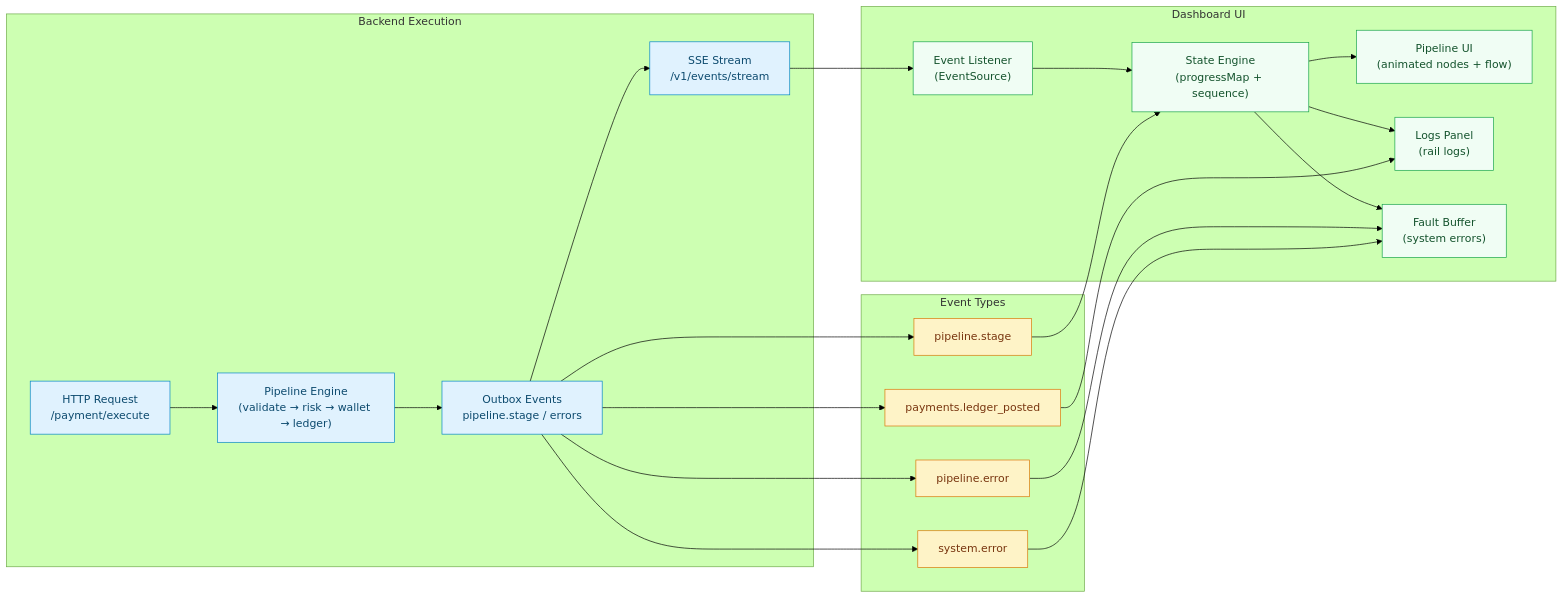
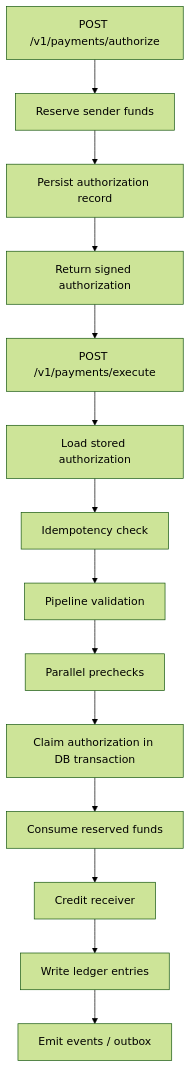
One commit to InsaneCoder789/Rail changed the second of 2 diagrams in README.md. Above: the diagram before and after it, drawn with Mermaid (forest theme). The commit also changed other lines of this file and 1 other file, not shown here.

````diff
--- a/README.md
+++ b/README.md
@@ -111,54 +150,17 @@
 ```mermaid
-%%{init: {"flowchart": {"nodeSpacing": 50, "rankSpacing": 70}} }%%
-flowchart LR
+flowchart TD
+  A["POST /v1/payments/authorize"] --> B["Reserve sender funds"]
+  B --> C["Persist authorization record"]
+  C --> D["Return signed authorization"]
 
-subgraph backend["Backend Execution"]
-  A["HTTP Request\n/payment/execute"]
-  B["Pipeline Engine\n(validate → risk → wallet → ledger)"]
-  C["Outbox Events\npipeline.stage / errors"]
-  D["SSE Stream\n/v1/events/stream"]
-end
-
-subgraph frontend["Dashboard UI"]
-  E["Event Listener\n(EventSource)"]
-  F["State Engine\n(progressMap + sequence)"]
-  G["Pipeline UI\n(animated nodes + flow)"]
-  H["Logs Panel\n(rail logs)"]
-  I["Fault Buffer\n(system errors)"]
-end
-
-subgraph dataflow["Event Types"]
-  T1["pipeline.stage"]
-  T2["pipeline.error"]
-  T3["system.error"]
-  T4["payments.ledger_posted"]
-end
-
-A --> B
-B --> C
-C --> D
-D --> E
-
-E --> F
-F --> G
-F --> H
-F --> I
-
-C --> T1
-C --> T2
-C --> T3
-C --> T4
-
-T1 --> F
-T2 --> I
-T3 --> I
-T4 --> H
-
-classDef backend fill:#e0f2fe,stroke:#0284c7,color:#0c4a6e
-classDef frontend fill:#f0fdf4,stroke:#16a34a,color:#14532d
-classDef dataflow fill:#fef3c7,stroke:#d97706,color:#78350f
-
-class A,B,C,D backend
-class E,F,G,H,I frontend
-class T1,T2,T3,T4 dataflow
+  D --> E["POST /v1/payments/execute"]
+  E --> F["Load stored authorization"]
+  F --> G["Idempotency check"]
+  G --> H["Pipeline validation"]
+  H --> I["Parallel prechecks"]
+  I --> J["Claim authorization in DB transaction"]
+  J --> K["Consume reserved funds"]
+  K --> L["Credit receiver"]
+  L --> M["Write ledger entries"]
+  M --> N["Emit events / outbox"]
 ```
````
